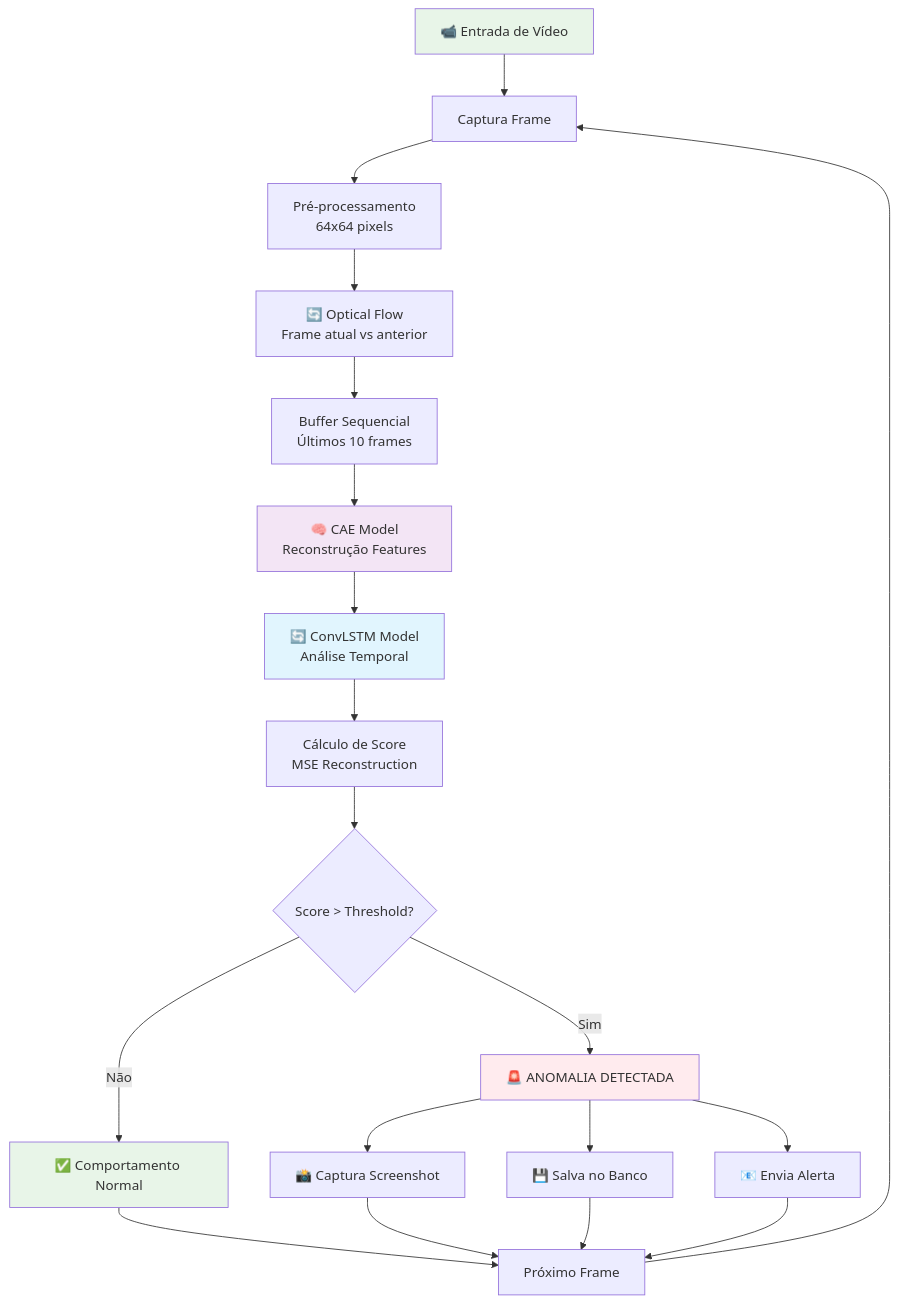
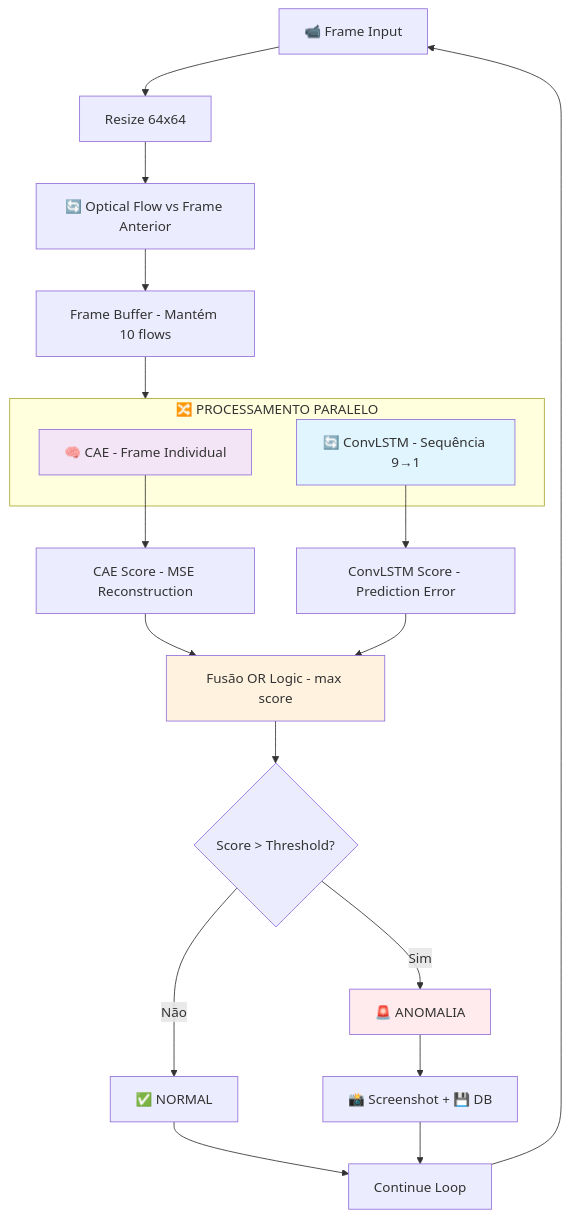
The diagram in diagrams/realtime_detection.mermaid (YMatique/anomaly_dectection_system_yam_monography), drawn with Mermaid before and after one commit. The commit also changed 4 other files, not shown here.

Commit message:
save diagram images

```diff
--- a/diagrams/realtime_detection.mermaid
+++ b/diagrams/realtime_detection.mermaid
@@ -1,31 +1,33 @@
 flowchart TD
-    A[📹 Entrada de Vídeo] --> B[Captura Frame]
-    B --> C[Pré-processamento<br/>64x64 pixels]
-    C --> D[🔄 Optical Flow<br/>Frame atual vs anterior]
+    A[📹 Frame Input] --> B[Resize 64x64]
+    B --> C[🔄 Optical Flow vs Frame Anterior]
     
-    D --> E[Buffer Sequencial<br/>Últimos 10 frames]
-    E --> F[🧠 CAE Model<br/>Reconstrução Features]
-    F --> G[🔄 ConvLSTM Model<br/>Análise Temporal]
+    C --> D[Frame Buffer - Mantém 10 flows]
     
-    G --> H[Cálculo de Score<br/>MSE Reconstruction]
-    H --> I{Score > Threshold?}
+    D --> E[Processamento Paralelo]
     
-    I -->|Sim| J[🚨 ANOMALIA DETECTADA]
-    I -->|Não| K[✅ Comportamento Normal]
+    subgraph E ["🔀 PROCESSAMENTO PARALELO"]
+        F[🧠 CAE - Frame Individual]
+        G[🔄 ConvLSTM - Sequência 9→1]
+    end
     
-    J --> L[📸 Captura Screenshot]
-    J --> M[💾 Salva no Banco]
-    J --> N[📧 Envia Alerta]
+    F --> H[CAE Score - MSE Reconstruction]
+    G --> I[ConvLSTM Score - Prediction Error]
     
-    K --> O[Próximo Frame]
-    L --> O
-    M --> O
+    H --> J[Fusão OR Logic - max score]
+    I --> J
+    
+    J --> K{Score > Threshold?}
+    
+    K -->|Sim| L[🚨 ANOMALIA]
+    K -->|Não| M[✅ NORMAL]
+    
+    L --> N[📸 Screenshot + 💾 DB]
+    M --> O[Continue Loop]
     N --> O
+    O --> A
     
-    O --> B
-    
-    style A fill:#e8f5e8
-    style J fill:#ffebee
-    style K fill:#e8f5e8
     style F fill:#f3e5f5
     style G fill:#e1f5fe
+    style L fill:#ffebee
+    style J fill:#fff3e0
```
